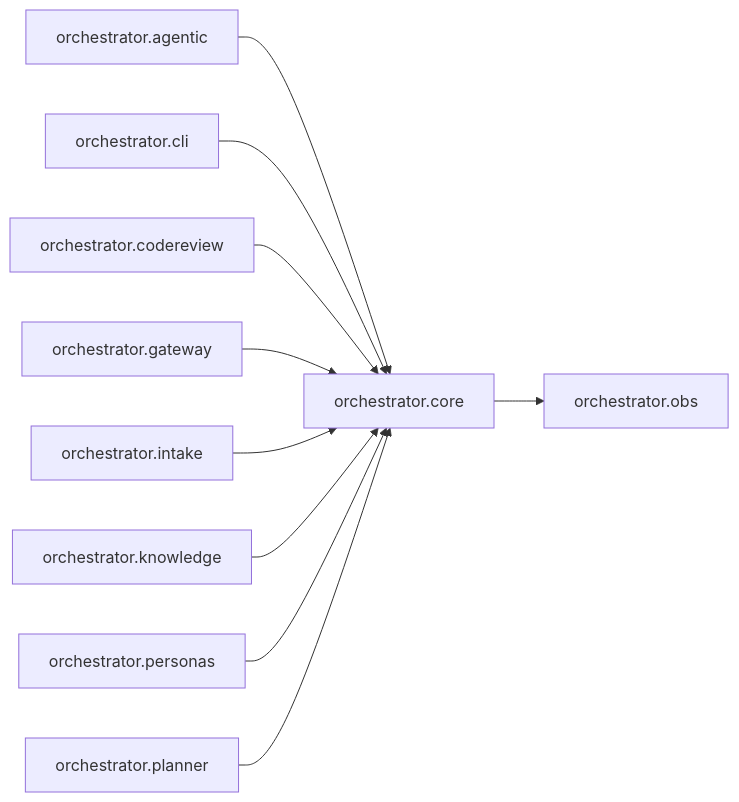
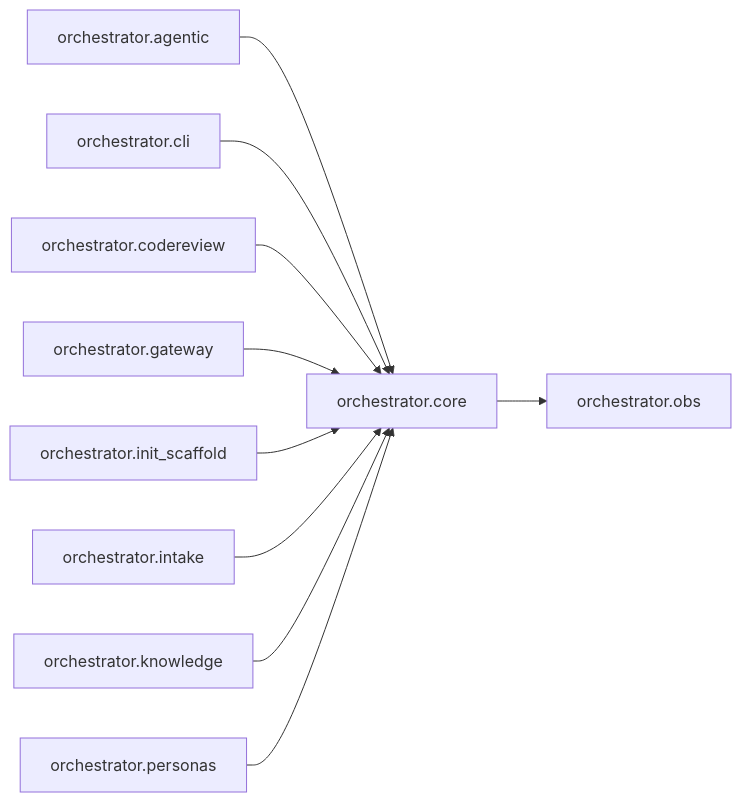
Before and after one commit to synaptixs/spine: the diagram in episteme/areas/orchestrator.core.md, drawn with Mermaid. The commit also changed other lines of this file and 11 other files, not shown here.

````diff
--- a/episteme/areas/orchestrator.core.md
+++ b/episteme/areas/orchestrator.core.md
@@ -8,22 +8,22 @@
 ```mermaid
 flowchart LR
   n0["orchestrator.core"]
   n1["orchestrator.agentic"]
   n2["orchestrator.cli"]
   n3["orchestrator.codereview"]
   n4["orchestrator.gateway"]
-  n5["orchestrator.intake"]
-  n6["orchestrator.knowledge"]
-  n7["orchestrator.personas"]
-  n8["orchestrator.planner"]
+  n5["orchestrator.init_scaffold"]
+  n6["orchestrator.intake"]
+  n7["orchestrator.knowledge"]
+  n8["orchestrator.personas"]
   n9["orchestrator.obs"]
   n1 --> n0
   n2 --> n0
   n3 --> n0
   n4 --> n0
   n5 --> n0
   n6 --> n0
   n7 --> n0
   n8 --> n0
   n0 --> n9
 ```
````
